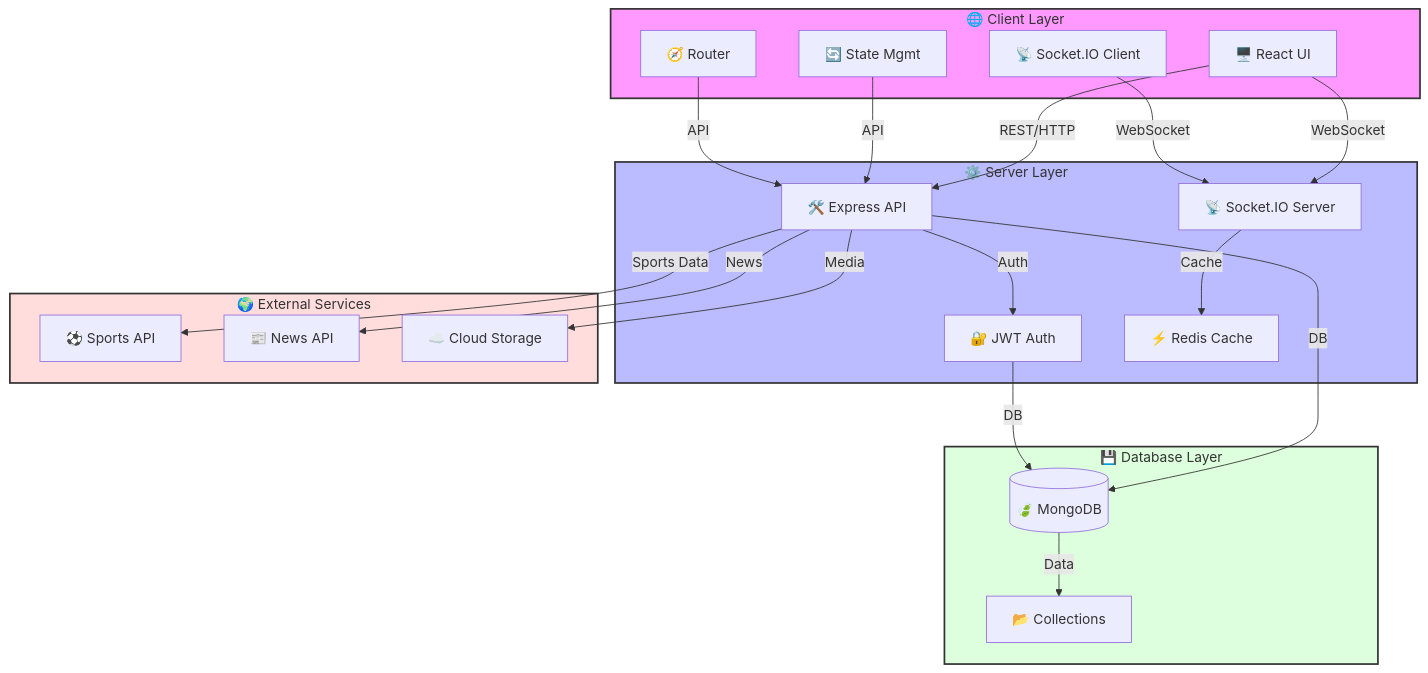
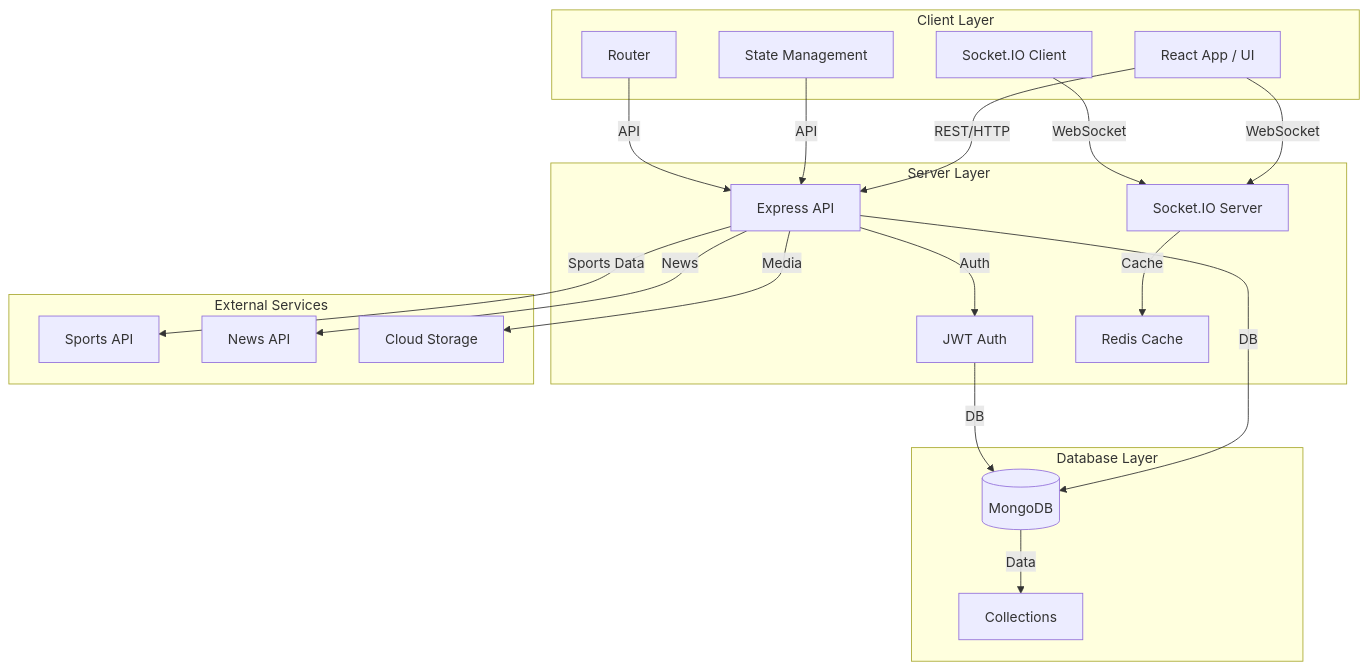
The diagram in README.md (MalikShoaibAhmadKhan/sports-app), drawn with Mermaid before and after one commit. The commit also changed other lines of this file, not shown here.

Commit message:
Remove banner and refine architecture section for clarity

````diff
--- a/README.md
+++ b/README.md
@@ -74,52 +72,42 @@
 ```mermaid
 graph TD
-  subgraph CLIENT["🌐 Client Layer"]
-    A1["🖥️ React UI"]
-    A2["🔄 State Mgmt"]
-    A3["🧭 Router"]
-    A4["📡 Socket.IO Client"]
+  subgraph Client Layer
+    A[React App / UI]
+    B[State Management]
+    C[Router]
+    D[Socket.IO Client]
   end
 
-  subgraph SERVER["⚙️ Server Layer"]
-    B1["🛠️ Express API"]
-    B2["🔐 JWT Auth"]
-    B3["📡 Socket.IO Server"]
-    B4["⚡ Redis Cache"]
+  subgraph Server Layer
+    E[Express API]
+    F[JWT Auth]
+    G[Socket.IO Server]
+    H[Redis Cache]
   end
 
-  subgraph DB["💾 Database Layer"]
-    C1[("🍃 MongoDB")]
-    C2["📂 Collections"]
+  subgraph Database Layer
+    I[(MongoDB)]
+    J[Collections]
   end
 
-  subgraph EXT["🌍 External Services"]
-    D1["⚽ Sports API"]
-    D2["📰 News API"]
-    D3["☁️ Cloud Storage"]
+  subgraph External Services
+    K[Sports API]
+    L[News API]
+    M[Cloud Storage]
   end
 
   %% Connections
-  A1-->|REST/HTTP|B1
-  A1-->|WebSocket|B3
-  A2-->|API|B1
-  A3-->|API|B1
-  A4-->|WebSocket|B3
-  B1-->|DB|C1
-  B1-->|Auth|B2
-  B3-->|Cache|B4
-  B2-->|DB|C1
-  B1-->|Sports Data|D1
-  B1-->|News|D2
-  B1-->|Media|D3
-  C1-->|Data|C2
-
-  %% Styling
-  classDef client fill:#f9f,stroke:#333,stroke-width:2px
-  classDef server fill:#bbf,stroke:#333,stroke-width:2px
-  classDef db fill:#dfd,stroke:#333,stroke-width:2px
-  classDef ext fill:#fdd,stroke:#333,stroke-width:2px
-  class CLIENT client
-  class SERVER server
-  class DB db
-  class EXT ext
+  A-->|REST/HTTP|E
+  A-->|WebSocket|G
+  B-->|API|E
+  C-->|API|E
+  D-->|WebSocket|G
+  E-->|DB|I
+  E-->|Auth|F
+  G-->|Cache|H
+  F-->|DB|I
+  E-->|Sports Data|K
+  E-->|News|L
+  E-->|Media|M
+  I-->|Data|J
 ```
````
